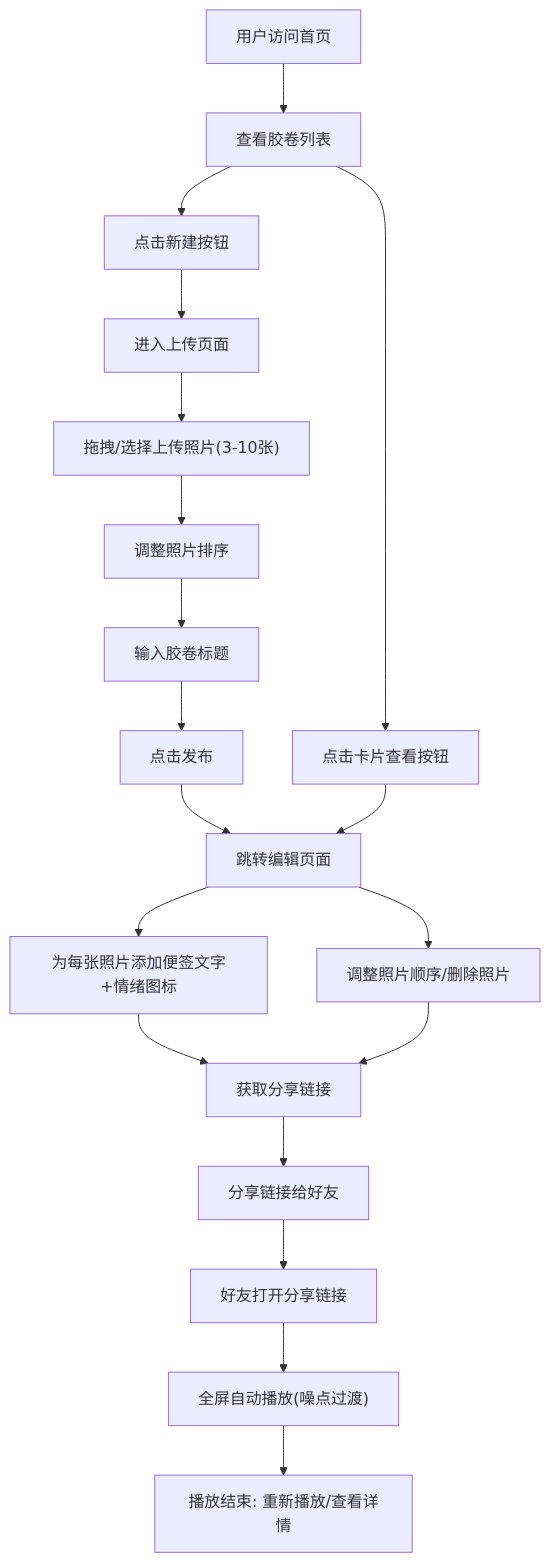
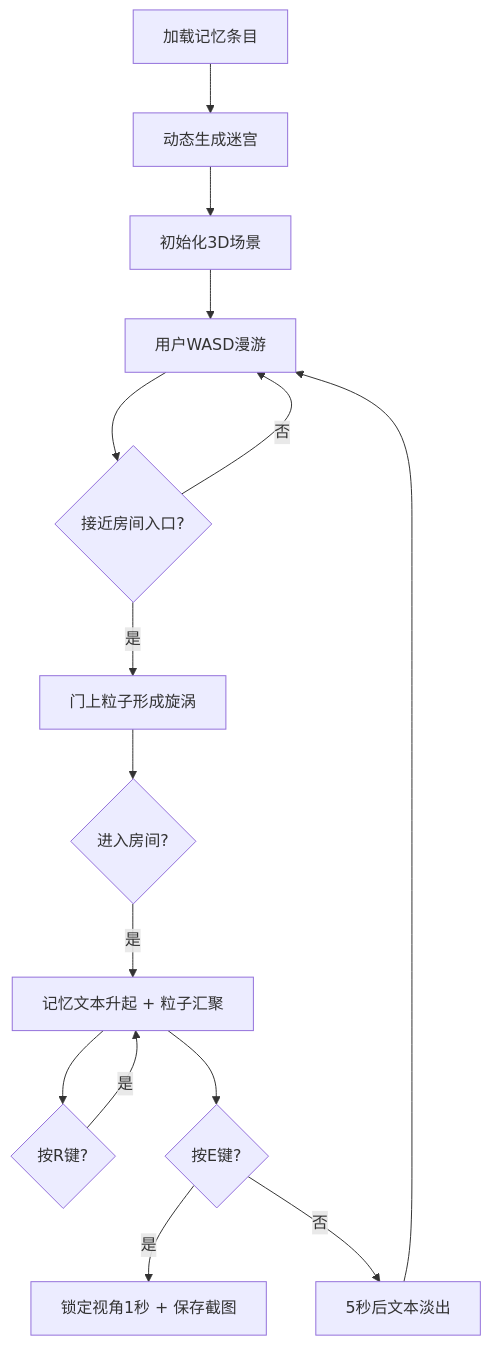
The diagram in cp2_6.11_auto52/.trae/documents/prd.md (NUDT-ZSL/Solo), drawn with Mermaid before and after one commit. The commit also changed other lines of this file and 36 other files, not shown here.

````diff
--- a/cp2_6.11_auto52/.trae/documents/prd.md
+++ b/cp2_6.11_auto52/.trae/documents/prd.md
@@ -45,21 +33,17 @@
 ```mermaid
 flowchart TD
-    A["用户访问首页"] --> B["查看胶卷列表"]
-    B --> C["点击新建按钮"]
-    C --> D["进入上传页面"]
-    D --> E["拖拽/选择上传照片(3-10张)"]
-    E --> F["调整照片排序"]
-    F --> G["输入胶卷标题"]
-    G --> H["点击发布"]
-    H --> I["跳转编辑页面"]
-    I --> J["为每张照片添加便签文字+情绪图标"]
-    I --> K["调整照片顺序/删除照片"]
-    J --> L["获取分享链接"]
-    K --> L
-    L --> M["分享链接给好友"]
-    M --> N["好友打开分享链接"]
-    N --> O["全屏自动播放(噪点过渡)"]
-    O --> P["播放结束: 重新播放/查看详情"]
-    B --> Q["点击卡片查看按钮"]
-    Q --> I
+    A["加载记忆条目"] --> B["动态生成迷宫"]
+    B --> C["初始化3D场景"]
+    C --> D["用户WASD漫游"]
+    D --> E{"接近房间入口?"}
+    E -->|是| F["门上粒子形成旋涡"]
+    F --> G{"进入房间?"}
+    G -->|是| H["记忆文本升起 + 粒子汇聚"]
+    H --> I{"按R键?"}
+    I -->|是| H
+    H --> J{"按E键?"}
+    J -->|是| K["锁定视角1秒 + 保存截图"]
+    J -->|否| L["5秒后文本淡出"]
+    L --> D
+    E -->|否| D
 ```
````
